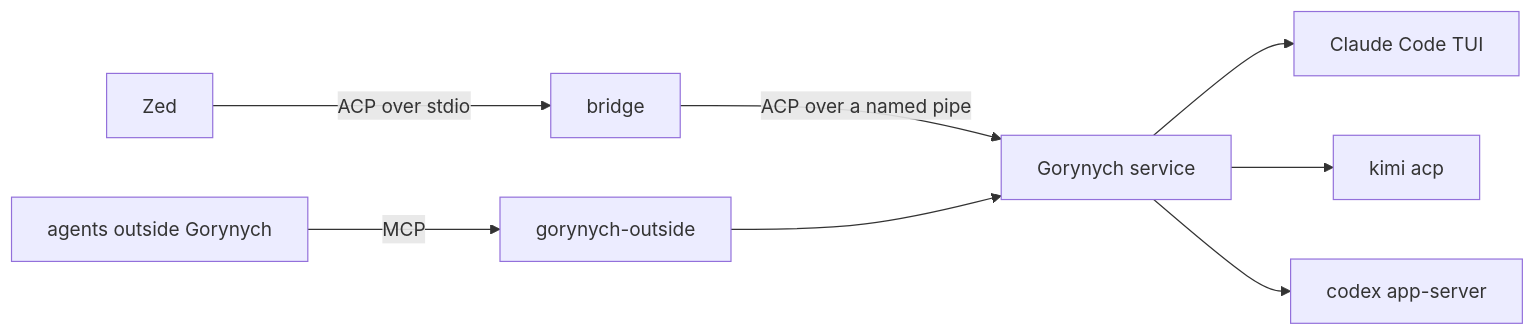
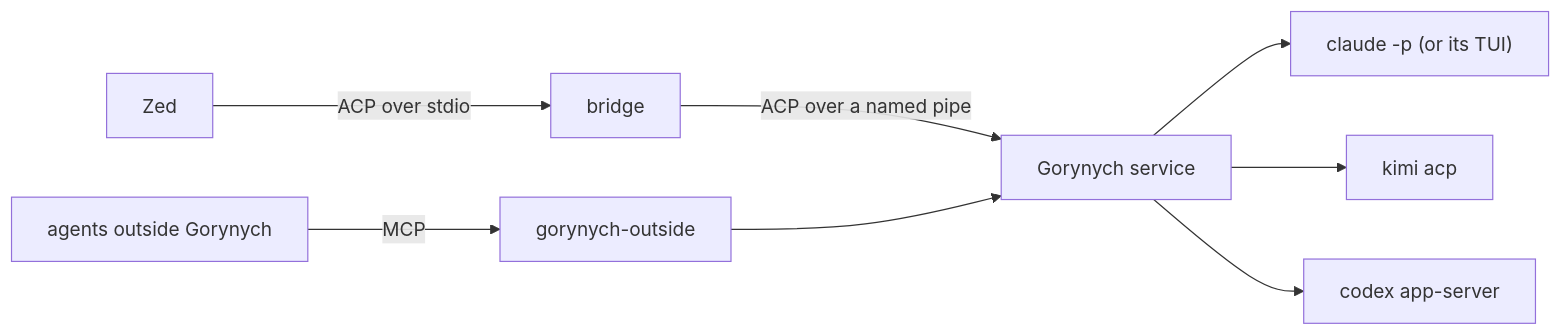
One commit to Phoenix-/gorynych changed the diagram in README.md. Above: the diagram before and after it, drawn with Mermaid. The commit also changed other lines of this file and 7 other files, not shown here.

Commit message:
Docs: Claude runs headless by default, the TUI is the fallback

````diff
--- a/README.md
+++ b/README.md
@@ -28,9 +29,9 @@
 ```mermaid
 flowchart LR
   zed[Zed] -- ACP over stdio --> bridge[bridge]
   bridge -- ACP over a named pipe --> svc[Gorynych service]
-  svc --> claude[Claude Code TUI]
+  svc --> claude["claude -p (or its TUI)"]
   svc --> kimi[kimi acp]
   svc --> codex[codex app-server]
   outside[agents outside Gorynych] -- MCP --> shim[gorynych-outside] --> svc
 ```
````
